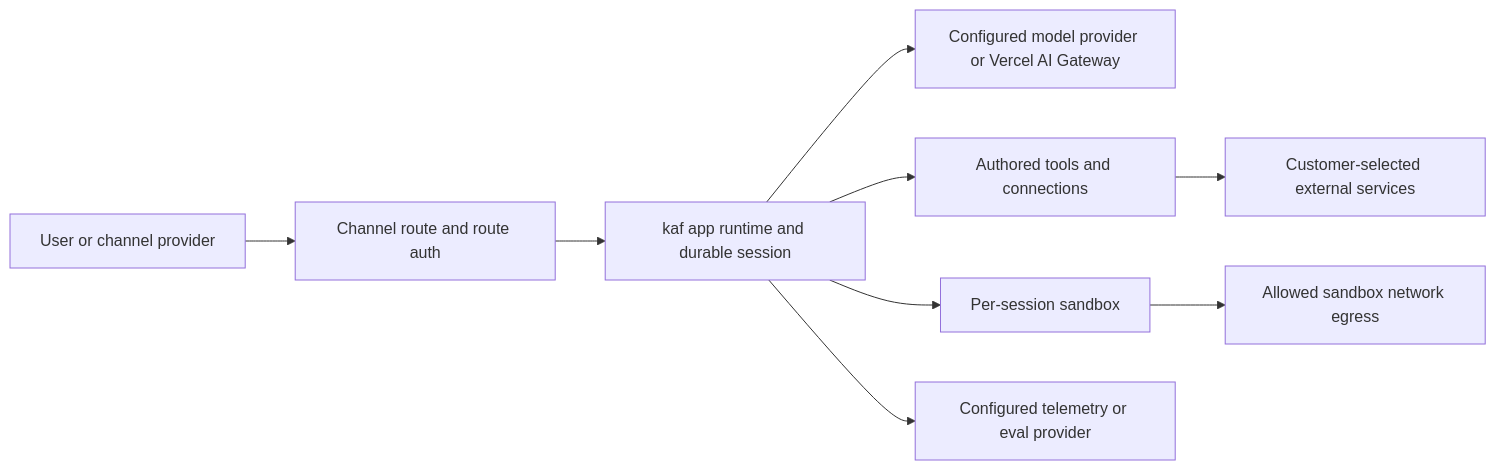
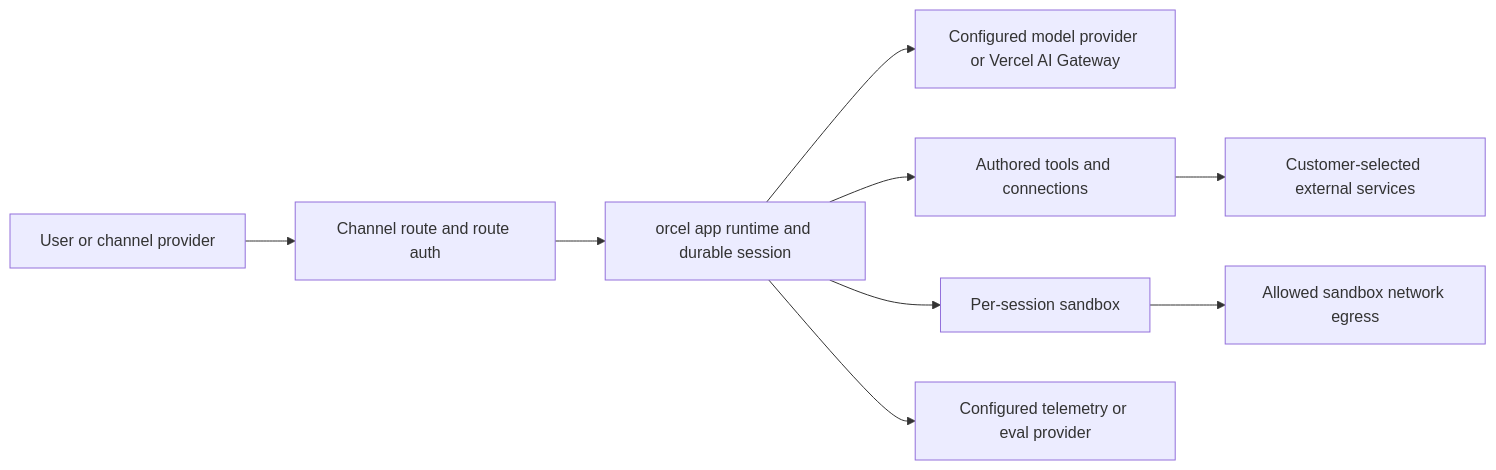
Before and after one commit to TheHalfMoon/Orcel: the diagram in docs/concepts/security-model.md, drawn with Mermaid. The commit also changed other lines of this file and 7225 other files, not shown here.

````diff
--- a/docs/concepts/security-model.md
+++ b/docs/concepts/security-model.md
@@ -27,11 +27,11 @@
 ```mermaid
 flowchart LR
   User["User or channel provider"] --> Channel["Channel route and route auth"]
-  Channel --> Runtime["kaf app runtime and durable session"]
+  Channel --> Runtime["orcel app runtime and durable session"]
   Runtime --> Model["Configured model provider or Vercel AI Gateway"]
   Runtime --> Tools["Authored tools and connections"]
   Tools --> Services["Customer-selected external services"]
   Runtime --> Sandbox["Per-session sandbox"]
   Sandbox --> Egress["Allowed sandbox network egress"]
   Runtime --> Telemetry["Configured telemetry or eval provider"]
 ```
````
